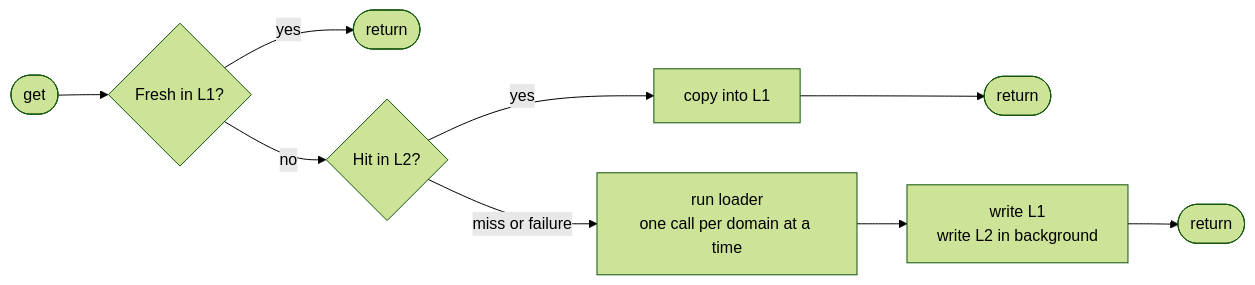
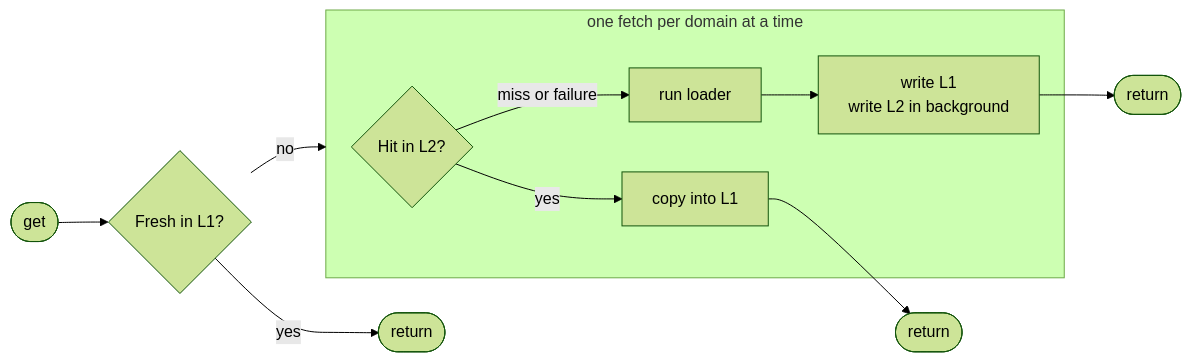
Before and after one commit to jtkunley/reference-data-cache: the second of 2 diagrams in README.md, drawn with Mermaid (forest theme). The commit also changed other lines of this file and 11 other files, not shown here.

````diff
--- a/README.md
+++ b/README.md
@@ -130,10 +130,14 @@
 ```mermaid
 flowchart LR
     A([get]) --> B{Fresh in L1?}
     B -->|yes| R1([return])
-    B -->|no| C{Hit in L2?}
-    C -->|yes| D[copy into L1] --> R2([return])
-    C -->|miss or failure| E[run loader<br/>one call per domain at a time]
-    E --> F[write L1<br/>write L2 in background]
+    B -->|no| S
+    subgraph S [one fetch per domain at a time]
+        C{Hit in L2?}
+        C -->|yes| D[copy into L1]
+        C -->|miss or failure| E[run loader]
+        E --> F[write L1<br/>write L2 in background]
+    end
+    D --> R2([return])
     F --> R3([return])
 ```
````
